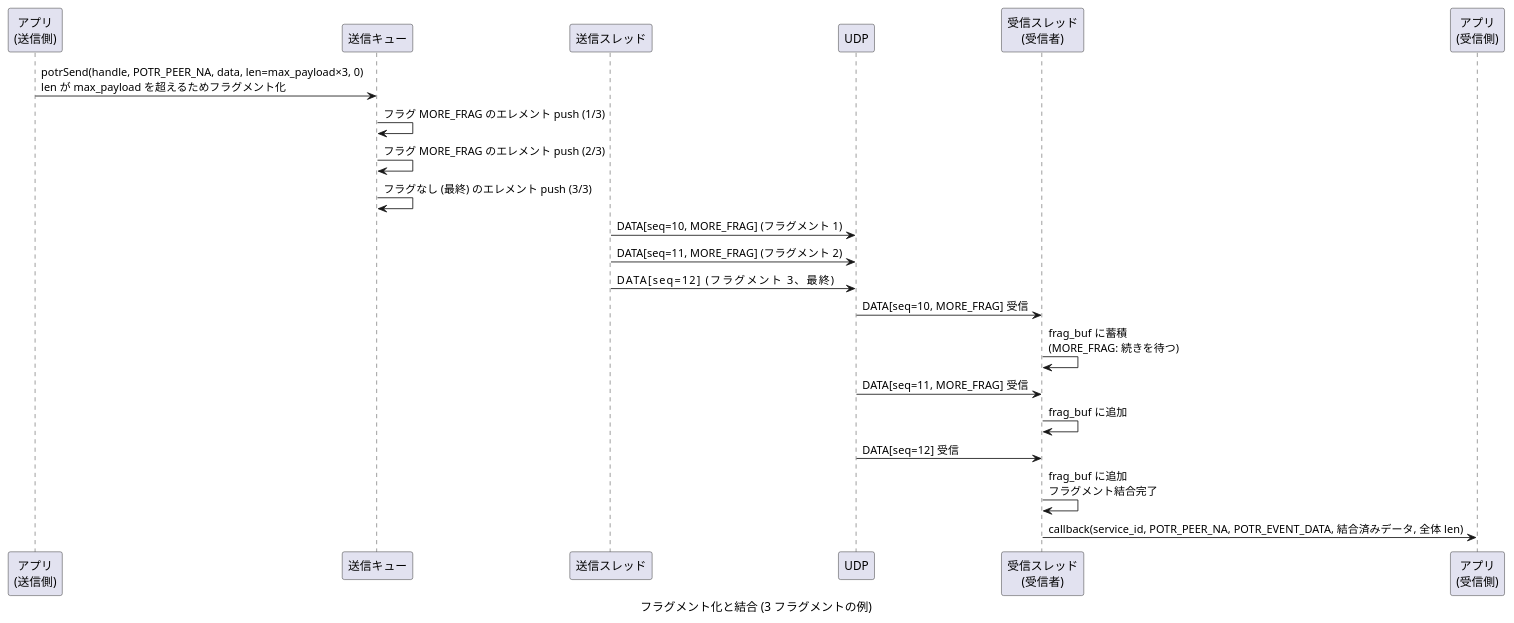
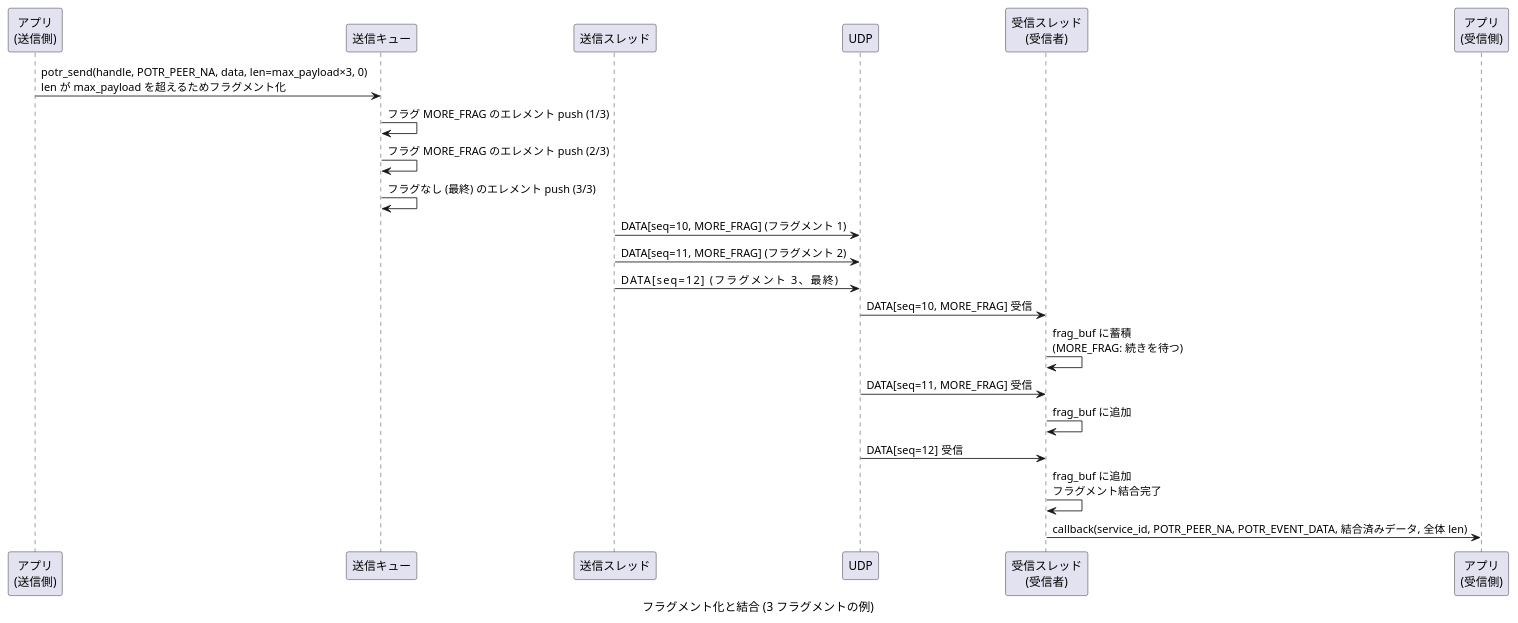
One commit to Hondarer/app_porter changed the fifth of 30 diagrams in docs/sequence.md. Above: the diagram before and after it, drawn with PlantUML. The commit also changed other lines of this file and 148 other files, not shown here.

````diff
--- a/docs/sequence.md
+++ b/docs/sequence.md
@@ -153,34 +153,34 @@
 ```plantuml
 @startuml フラグメント化と結合 (3 フラグメントの例)
 caption フラグメント化と結合 (3 フラグメントの例)
 
 participant "アプリ\n(送信側)" as SAPP
 participant "送信キュー" as Q
 participant "送信スレッド" as ST
 participant "UDP" as UDP
 participant "受信スレッド\n(受信者)" as RRT
 participant "アプリ\n(受信側)" as RAPP
 
-SAPP -> Q: potrSend(handle, POTR_PEER_NA, data, len=max_payload×3, 0)\nlen が max_payload を超えるためフラグメント化
+SAPP -> Q: potr_send(handle, POTR_PEER_NA, data, len=max_payload×3, 0)\nlen が max_payload を超えるためフラグメント化
 
 Q -> Q: フラグ MORE_FRAG のエレメント push (1/3)
 Q -> Q: フラグ MORE_FRAG のエレメント push (2/3)
 Q -> Q: フラグなし (最終) のエレメント push (3/3)
 
 ST -> UDP: DATA[seq=10, MORE_FRAG] (フラグメント 1)
 ST -> UDP: DATA[seq=11, MORE_FRAG] (フラグメント 2)
 ST -> UDP: DATA[seq=12]           (フラグメント 3、最終)
 
 UDP -> RRT: DATA[seq=10, MORE_FRAG] 受信
 RRT -> RRT: frag_buf に蓄積\n(MORE_FRAG: 続きを待つ)
 
 UDP -> RRT: DATA[seq=11, MORE_FRAG] 受信
 RRT -> RRT: frag_buf に追加
 
 UDP -> RRT: DATA[seq=12] 受信
 RRT -> RRT: frag_buf に追加\nフラグメント結合完了
 
 RRT -> RAPP: callback(service_id, POTR_PEER_NA, POTR_EVENT_DATA, 結合済みデータ, 全体 len)
 
 @enduml
 ```
````
